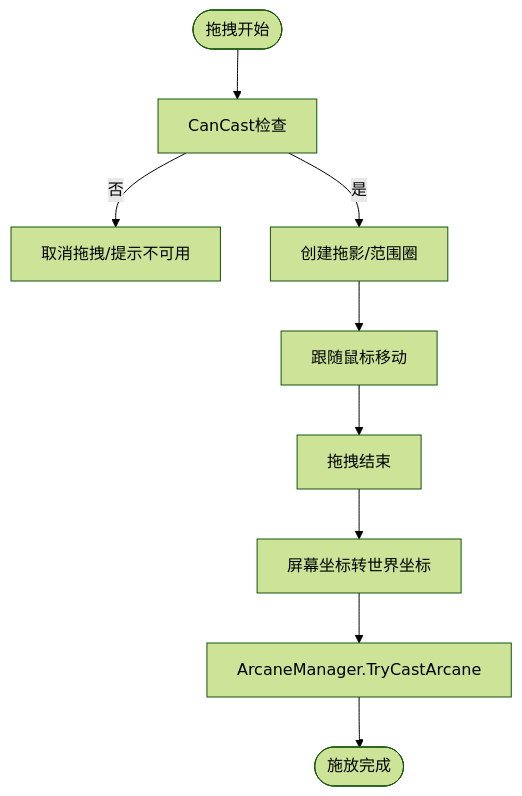
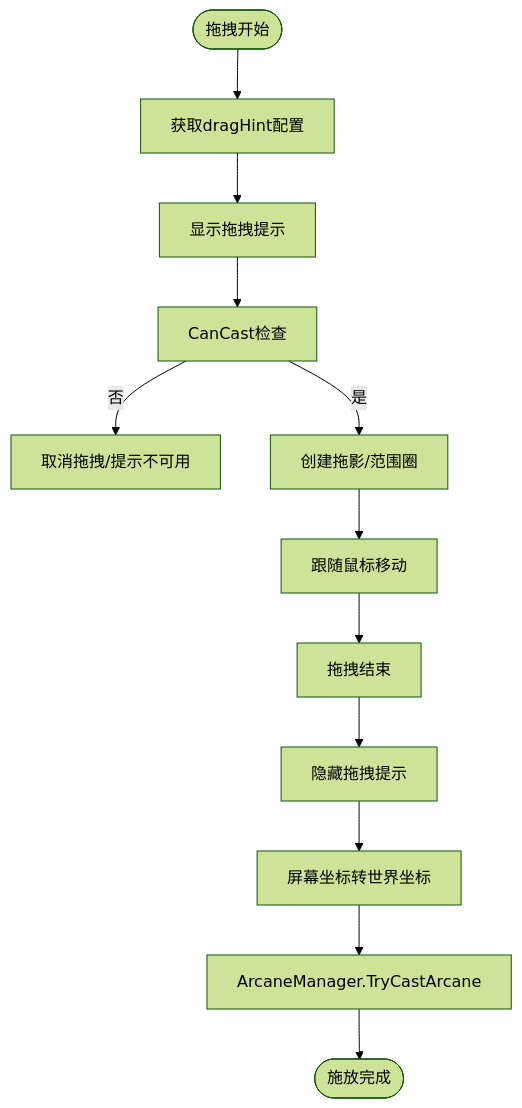
Before and after one commit to Tuusen/p1_client: the third of 8 diagrams in .qoder/repowiki/zh/content/奥术系统/奥术系统.md, drawn with Mermaid (forest theme). The commit also changed other lines of this file and 25 other files, not shown here.

````diff
--- a/.qoder/repowiki/zh/content/奥术系统/奥术系统.md
+++ b/.qoder/repowiki/zh/content/奥术系统/奥术系统.md
@@ -153,11 +187,14 @@
 ```mermaid
 flowchart TD
-Start(["拖拽开始"]) --> Check["CanCast检查"]
+Start(["拖拽开始"]) --> GetHint["获取dragHint配置"]
+GetHint --> ShowHint["显示拖拽提示"]
+ShowHint --> Check["CanCast检查"]
 Check --> |否| Cancel["取消拖拽/提示不可用"]
 Check --> |是| Ghost["创建拖影/范围圈"]
 Ghost --> Drag["跟随鼠标移动"]
 Drag --> Drop["拖拽结束"]
-Drop --> Pos["屏幕坐标转世界坐标"]
+Drop --> HideHint["隐藏拖拽提示"]
+HideHint --> Pos["屏幕坐标转世界坐标"]
 Pos --> Cast["ArcaneManager.TryCastArcane"]
 Cast --> Done(["施放完成"])
 ```
````
